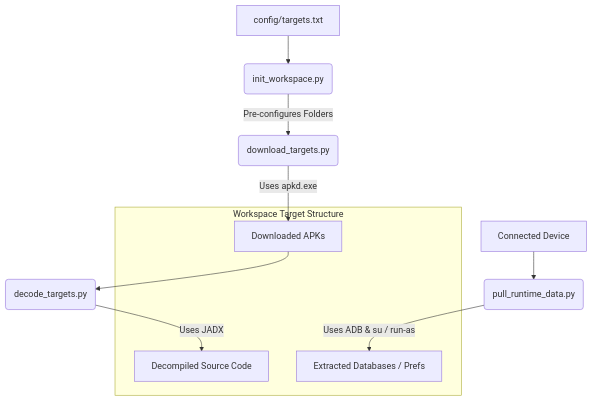
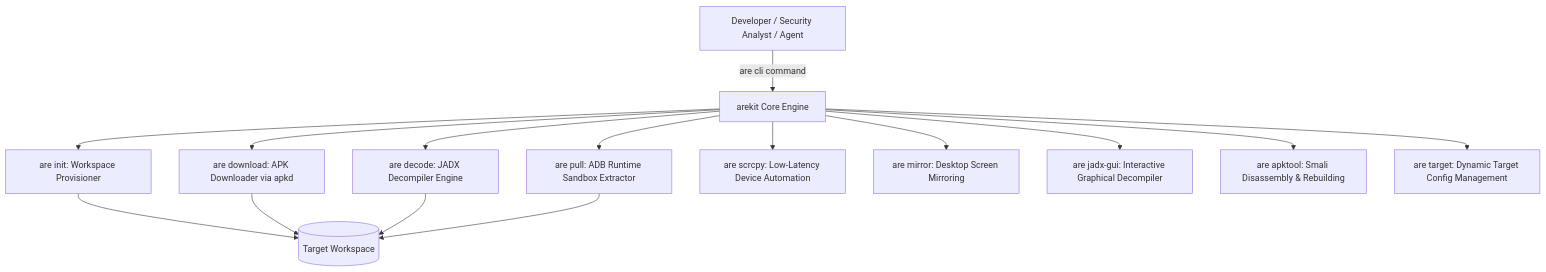
The diagram in docs/README.md (impeterwayne/REAKit), drawn with Mermaid before and after one commit. The commit also changed other lines of this file and 1678 other files, not shown here.

Commit message:
feat: add arekit CLI, scrcpy integration, and update docs

````diff
--- a/docs/README.md
+++ b/docs/README.md
@@ -13,16 +13,18 @@
 ```mermaid
 graph TD
-    A[config/targets.txt] --> B(init_workspace.py)
-    B -->|Pre-configures Folders| C(download_targets.py)
-    C -->|Uses apkd.exe| D[Downloaded APKs]
-    D --> E(decode_targets.py)
-    E -->|Uses JADX| F[Decompiled Source Code]
-    G[Connected Device] --> H(pull_runtime_data.py)
-    H -->|Uses ADB & su / run-as| I[Extracted Databases / Prefs]
-
-    subgraph Workspace Target Structure
-        D
-        F
-        I
-    end
+    User[Developer / Security Analyst / Agent] -->|are cli command| Engine[arekit Core Engine]
+    Engine --> A[are init: Workspace Provisioner]
+    Engine --> B[are download: APK Downloader via apkd]
+    Engine --> C[are decode: JADX Decompiler Engine]
+    Engine --> D[are pull: ADB Runtime Sandbox Extractor]
+    Engine --> E[are scrcpy: Low-Latency Device Automation]
+    Engine --> F[are mirror: Desktop Screen Mirroring]
+    Engine --> G[are jadx-gui: Interactive Graphical Decompiler]
+    Engine --> H[are apktool: Smali Disassembly & Rebuilding]
+    Engine --> I[are target: Dynamic Target Config Management]
+    
+    A --> Workspace[(Target Workspace)]
+    B --> Workspace
+    C --> Workspace
+    D --> Workspace
 ```
````
